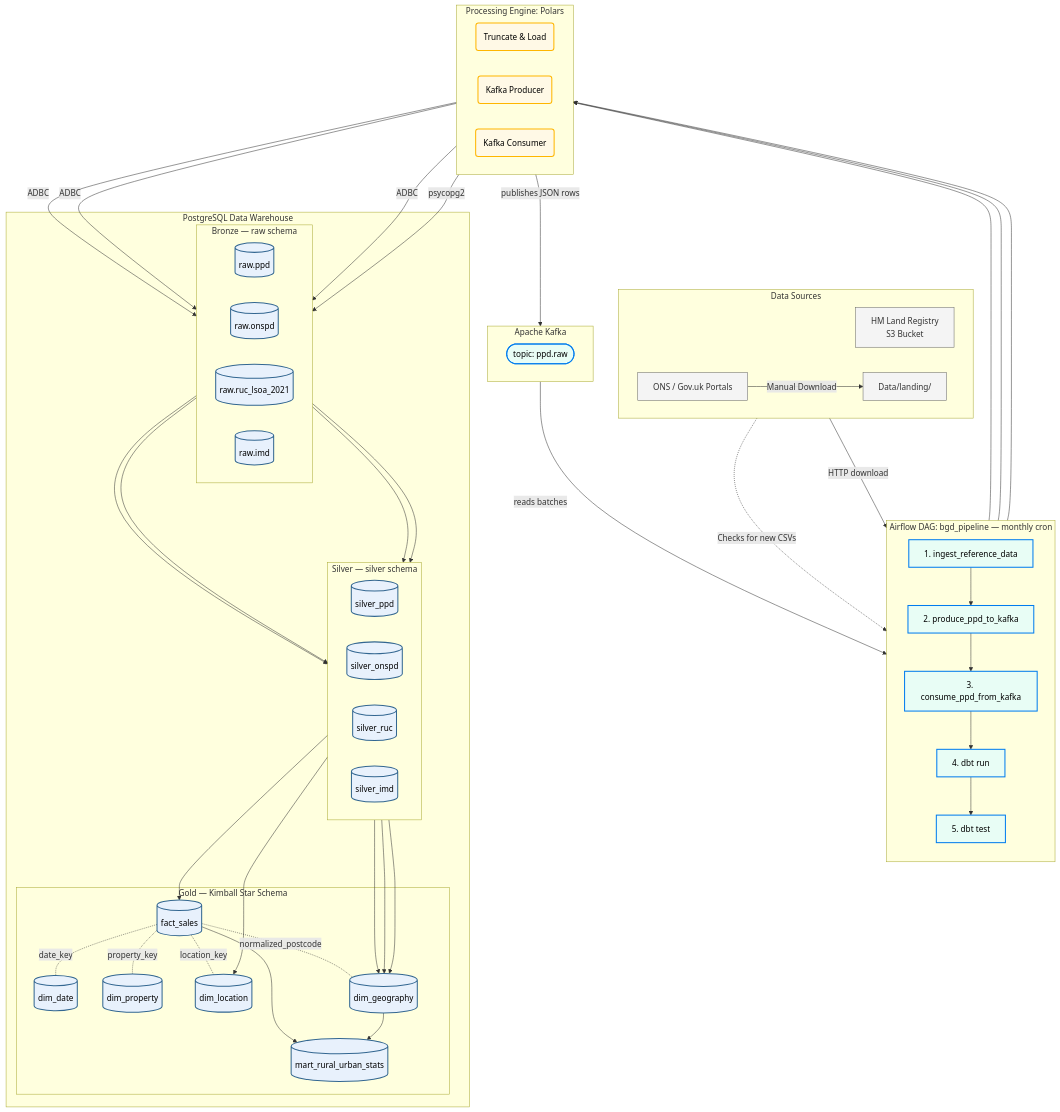
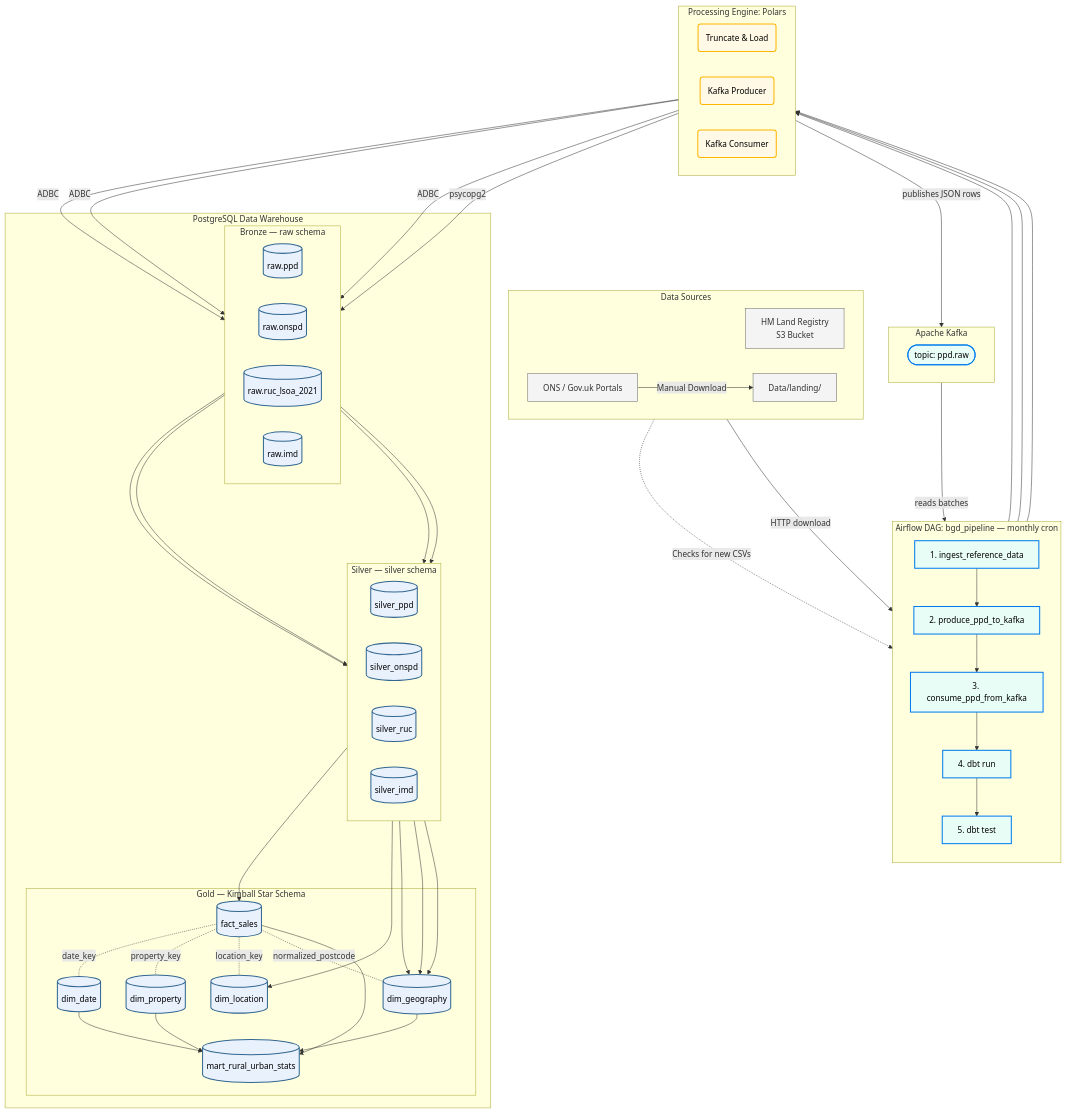
The diagram in README.md (mjacobik/uk-property-data-warehouse), drawn with Mermaid before and after one commit. The commit also changed other lines of this file and 9 other files, not shown here.

Commit message:
feat: add data product contract, dbt DQ tests, and architecture docs

````diff
--- a/README.md
+++ b/README.md
@@ -141,4 +141,6 @@
     F1 -. normalized_postcode .- D4
     F1 --> M1
     D4 --> M1
+    D2 --> M1
+    D1 --> M1
 ```
````
